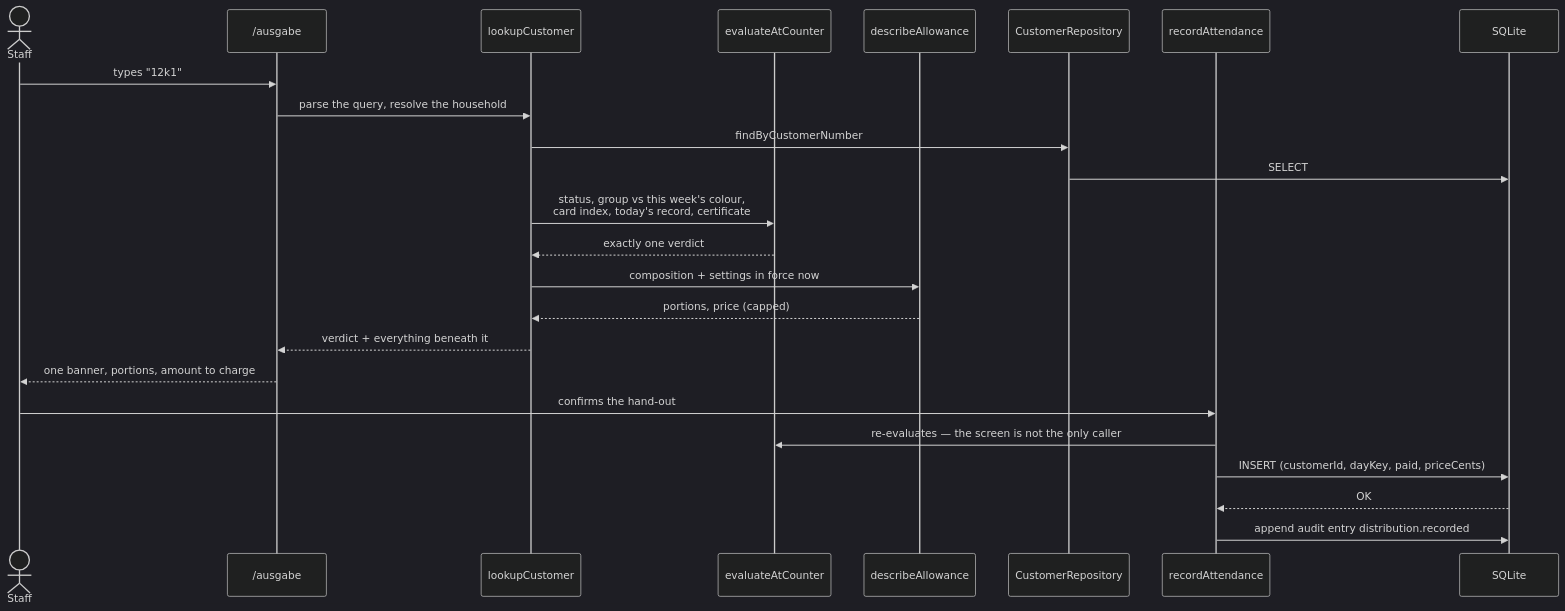
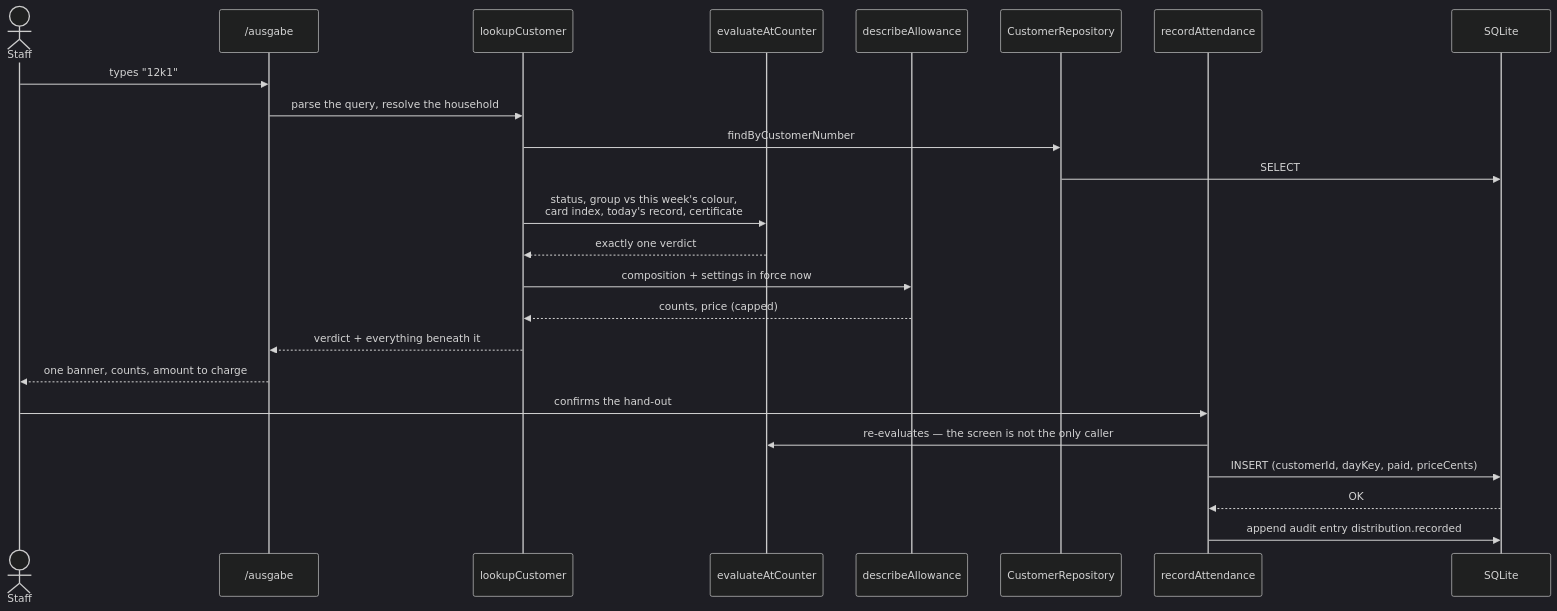
The first of 4 diagrams in docs/architecture/06-runtime-view.md (Lin0pan/FD-management), drawn with Mermaid (dark theme) before and after one commit. The commit also changed other lines of this file and 83 other files, not shown here.

````diff
--- a/docs/architecture/06-runtime-view.md
+++ b/docs/architecture/06-runtime-view.md
@@ -14,28 +14,28 @@
 ```mermaid
 sequenceDiagram
     actor Staff
     participant Page as /ausgabe
     participant Lookup as lookupCustomer
     participant Verdict as evaluateAtCounter
     participant Allow as describeAllowance
     participant Repo as CustomerRepository
     participant Record as recordAttendance
     participant DB as SQLite
 
     Staff->>Page: types "12k1"
     Page->>Lookup: parse the query, resolve the household
     Lookup->>Repo: findByCustomerNumber
     Repo->>DB: SELECT
     Lookup->>Verdict: status, group vs this week's colour,<br/>card index, today's record, certificate
     Verdict-->>Lookup: exactly one verdict
     Lookup->>Allow: composition + settings in force now
-    Allow-->>Lookup: portions, price (capped)
+    Allow-->>Lookup: counts, price (capped)
     Lookup-->>Page: verdict + everything beneath it
-    Page-->>Staff: one banner, portions, amount to charge
+    Page-->>Staff: one banner, counts, amount to charge
 
     Staff->>Record: confirms the hand-out
     Record->>Verdict: re-evaluates — the screen is not the only caller
     Record->>DB: INSERT (customerId, dayKey, paid, priceCents)
     DB-->>Record: OK
     Record->>DB: append audit entry distribution.recorded
 ```
````
